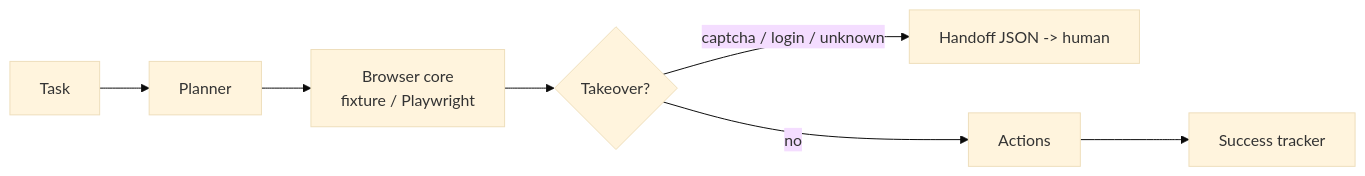
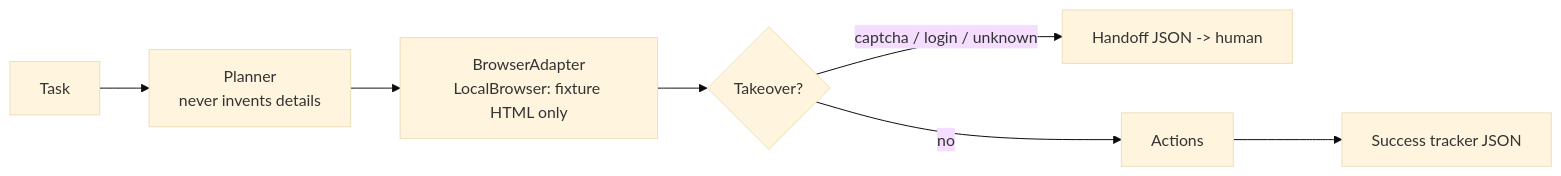
Before and after one commit to lionelsimai/computer-use-agent: the diagram in README.md, drawn with Mermaid (base theme). The commit also changed other lines of this file and 13 other files, not shown here.

````diff
--- a/README.md
+++ b/README.md
@@ -19,9 +49,9 @@
 ```mermaid
 flowchart LR
-  A[Task] --> B[Planner]
-  B --> C[Browser core<br/>fixture / Playwright]
+  A[Task] --> B[Planner<br/>never invents details]
+  B --> C[BrowserAdapter<br/>LocalBrowser: fixture HTML only]
   C --> D{Takeover?}
   D -->|captcha / login / unknown| E[Handoff JSON -> human]
   D -->|no| F[Actions]
-  F --> G[Success tracker]
+  F --> G[Success tracker JSON]
 ```
````
